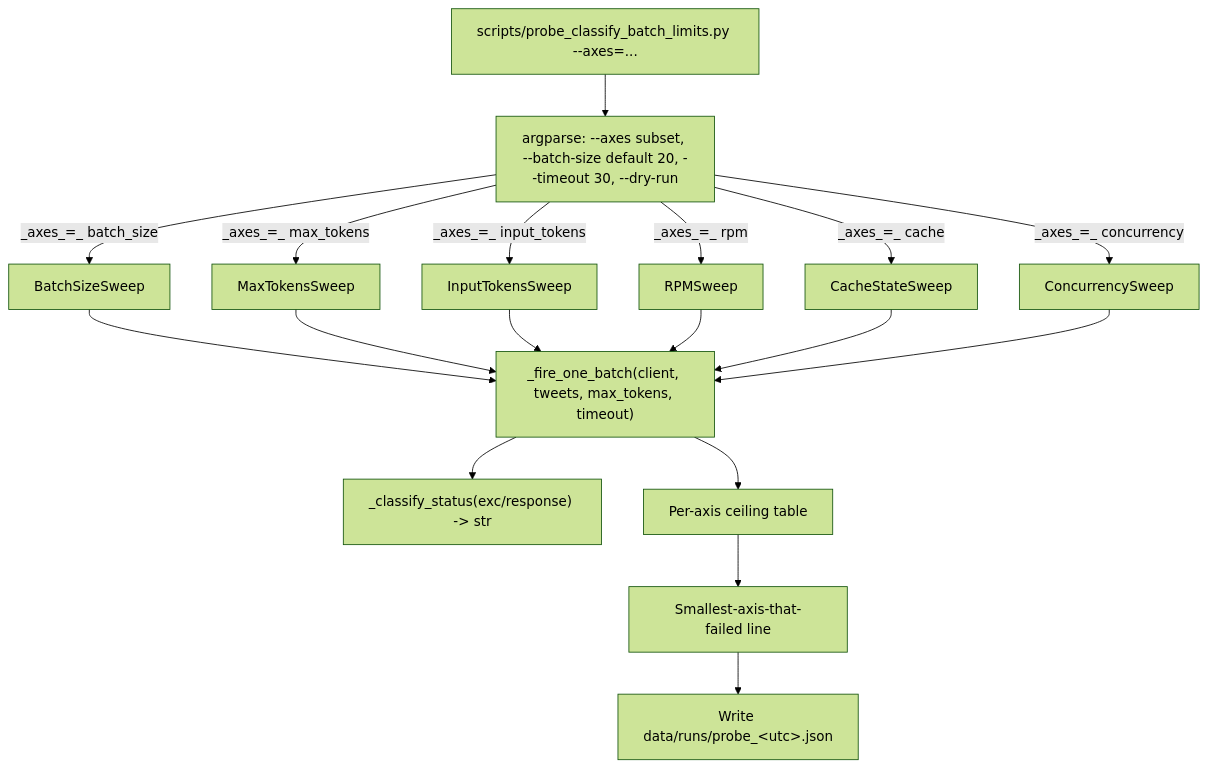
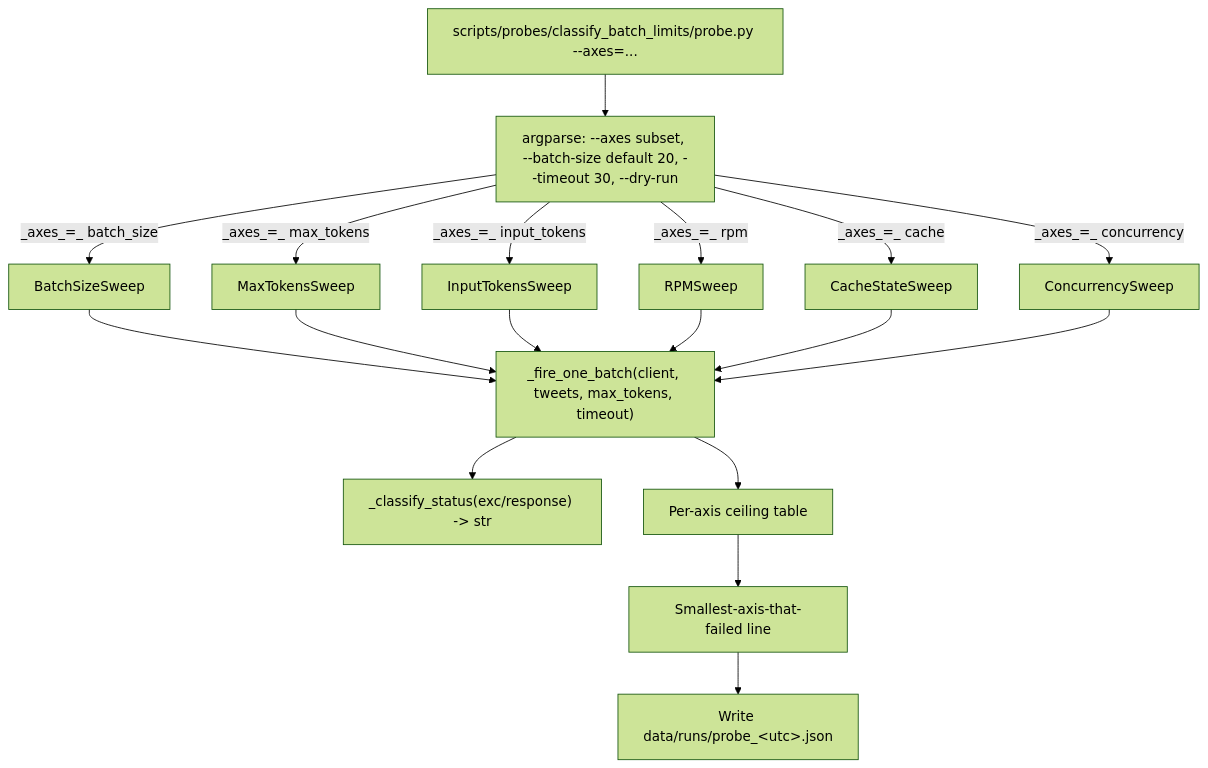
Before and after one commit to allenwlee/pushin-weight-v2: the diagram in docs/plans/2026-07-15-001-feat-classify-batch-limits-probe-plan.md, drawn with Mermaid (forest theme). The commit also changed other lines of this file, not shown here.

First line of the commit message:
docs(x-monitor): relocate probe to scripts/probes/<name>/ per-probe folder

````diff
--- a/docs/plans/2026-07-15-001-feat-classify-batch-limits-probe-plan.md
+++ b/docs/plans/2026-07-15-001-feat-classify-batch-limits-probe-plan.md
@@ -116,20 +117,20 @@
 ```mermaid
 flowchart TB
-  CLI["scripts/probe_classify_batch_limits.py --axes=..."] --> Parser["argparse: --axes subset, --batch-size default 20, --timeout 30, --dry-run"]
+  CLI["scripts/probes/classify_batch_limits/probe.py --axes=..."] --> Parser["argparse: --axes subset, --batch-size default 20, --timeout 30, --dry-run"]
   Parser -->|_axes_=_ batch_size| Sweep1[BatchSizeSweep]
   Parser -->|_axes_=_ max_tokens| Sweep2[MaxTokensSweep]
   Parser -->|_axes_=_ input_tokens| Sweep3[InputTokensSweep]
   Parser -->|_axes_=_ rpm| Sweep4[RPMSweep]
   Parser -->|_axes_=_ cache| Sweep5[CacheStateSweep]
   Parser -->|_axes_=_ concurrency| Sweep6[ConcurrencySweep]
   Sweep1 --> FireOne["_fire_one_batch(client, tweets, max_tokens, timeout)"]
   Sweep2 --> FireOne
   Sweep3 --> FireOne
   Sweep4 --> FireOne
   Sweep5 --> FireOne
   Sweep6 --> FireOne
   FireOne --> Classify["_classify_status(exc/response) -> str"]
   FireOne --> Table[Per-axis ceiling table]
   Table --> Verdict[Smallest-axis-that-failed line]
   Verdict --> JSON[Write data/runs/probe_&lt;utc&gt;.json]
 ```
````
